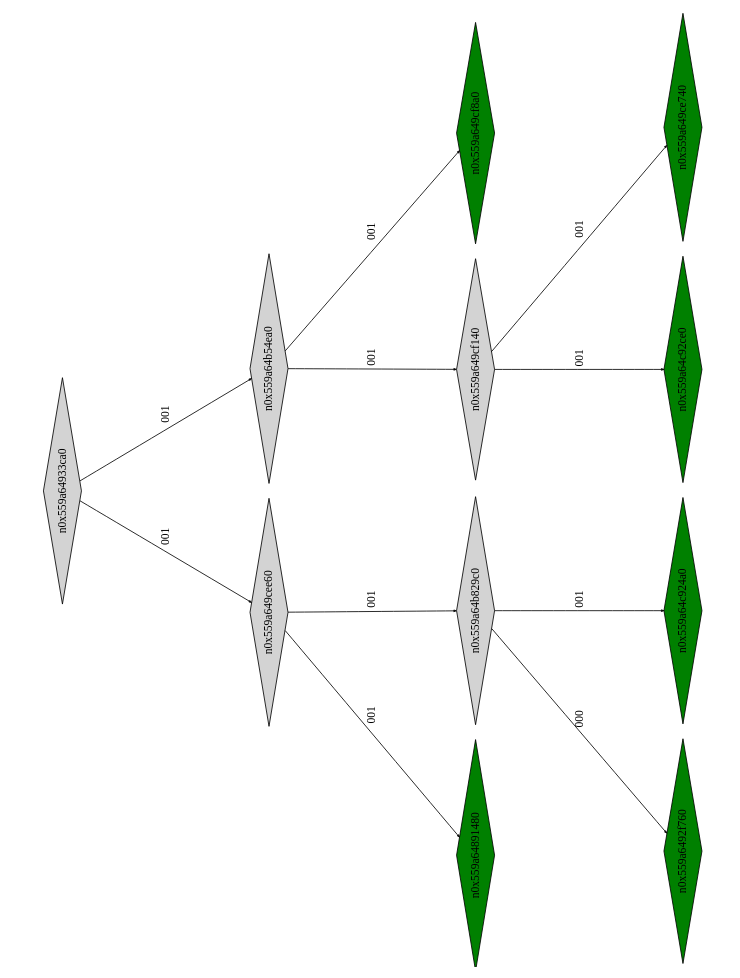
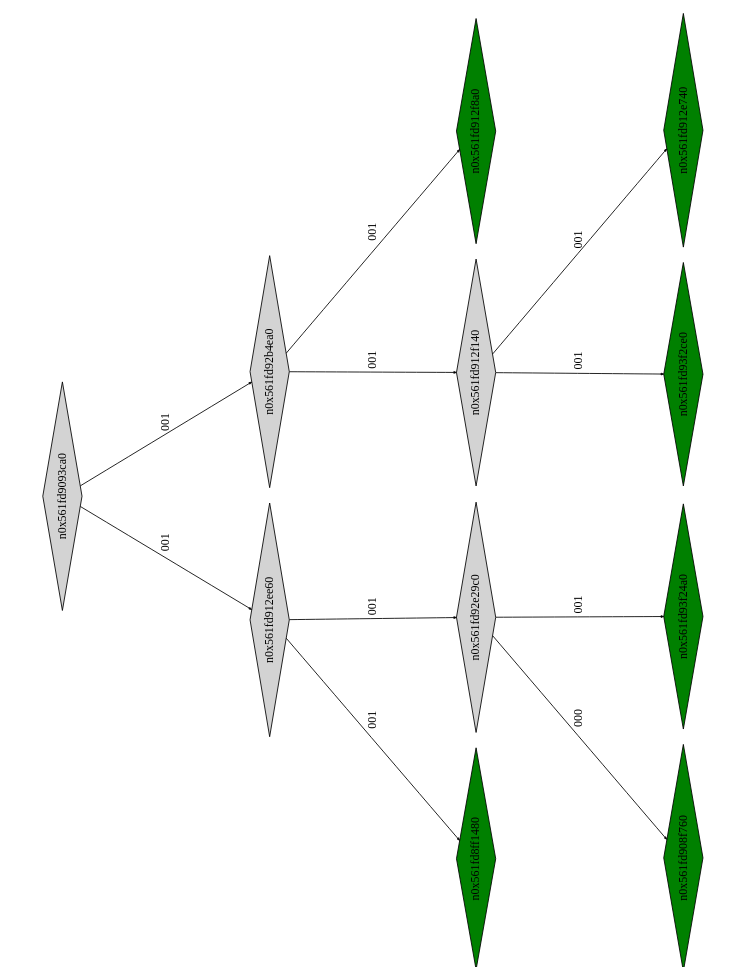
Before and after one commit to Research-Tools-PAVT/PSE-Program-Examples: the diagram in montyhall_klee_out/ptree_00001052.dot, drawn with Graphviz. The commit also changed 41 other files, not shown here.

```diff
--- a/montyhall_klee_out/ptree_00001052.dot
+++ b/montyhall_klee_out/ptree_00001052.dot
@@ -1,29 +1,29 @@
 digraph G {
 	size="10,7.5";
 	ratio=fill;
 	rotate=90;
 	center = "true";
 	node [style="filled",width=.1,height=.1,fontname="Terminus"]
 	edge [arrowsize=.3]
-	n0x559a64933ca0 [shape=diamond];
-	n0x559a64933ca0 -> n0x559a649cee60 [label=001];
-	n0x559a64933ca0 -> n0x559a64b54ea0 [label=001];
-	n0x559a64b54ea0 [shape=diamond];
-	n0x559a64b54ea0 -> n0x559a649cf140 [label=001];
-	n0x559a64b54ea0 -> n0x559a649cf8a0 [label=001];
-	n0x559a649cf8a0 [shape=diamond,fillcolor=green];
-	n0x559a649cf140 [shape=diamond];
-	n0x559a649cf140 -> n0x559a64c92ce0 [label=001];
-	n0x559a649cf140 -> n0x559a649ce740 [label=001];
-	n0x559a649ce740 [shape=diamond,fillcolor=green];
-	n0x559a64c92ce0 [shape=diamond,fillcolor=green];
-	n0x559a649cee60 [shape=diamond];
-	n0x559a649cee60 -> n0x559a64891480 [label=001];
-	n0x559a649cee60 -> n0x559a64b829c0 [label=001];
-	n0x559a64b829c0 [shape=diamond];
-	n0x559a64b829c0 -> n0x559a6492f760 [label=000];
-	n0x559a64b829c0 -> n0x559a64c924a0 [label=001];
-	n0x559a64c924a0 [shape=diamond,fillcolor=green];
-	n0x559a6492f760 [shape=diamond,fillcolor=green];
-	n0x559a64891480 [shape=diamond,fillcolor=green];
+	n0x561fd9093ca0 [shape=diamond];
+	n0x561fd9093ca0 -> n0x561fd912ee60 [label=001];
+	n0x561fd9093ca0 -> n0x561fd92b4ea0 [label=001];
+	n0x561fd92b4ea0 [shape=diamond];
+	n0x561fd92b4ea0 -> n0x561fd912f140 [label=001];
+	n0x561fd92b4ea0 -> n0x561fd912f8a0 [label=001];
+	n0x561fd912f8a0 [shape=diamond,fillcolor=green];
+	n0x561fd912f140 [shape=diamond];
+	n0x561fd912f140 -> n0x561fd93f2ce0 [label=001];
+	n0x561fd912f140 -> n0x561fd912e740 [label=001];
+	n0x561fd912e740 [shape=diamond,fillcolor=green];
+	n0x561fd93f2ce0 [shape=diamond,fillcolor=green];
+	n0x561fd912ee60 [shape=diamond];
+	n0x561fd912ee60 -> n0x561fd8ff1480 [label=001];
+	n0x561fd912ee60 -> n0x561fd92e29c0 [label=001];
+	n0x561fd92e29c0 [shape=diamond];
+	n0x561fd92e29c0 -> n0x561fd908f760 [label=000];
+	n0x561fd92e29c0 -> n0x561fd93f24a0 [label=001];
+	n0x561fd93f24a0 [shape=diamond,fillcolor=green];
+	n0x561fd908f760 [shape=diamond,fillcolor=green];
+	n0x561fd8ff1480 [shape=diamond,fillcolor=green];
 }
```
